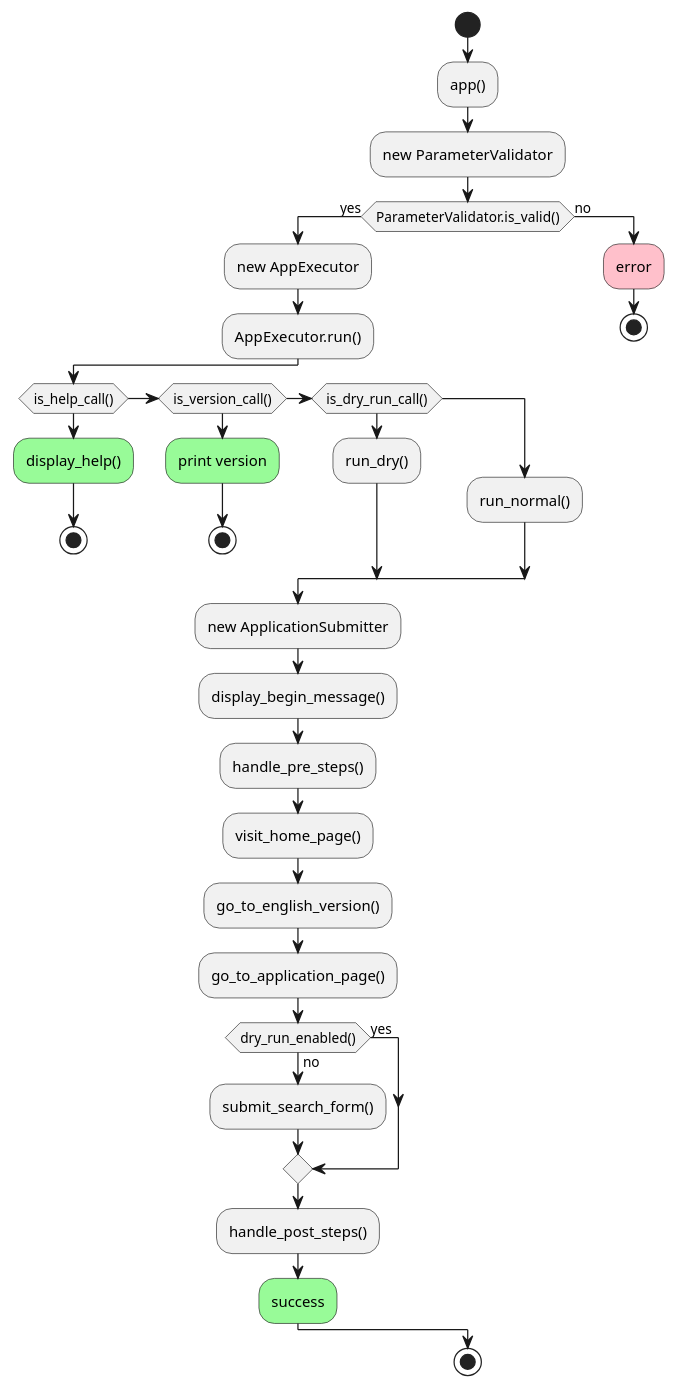
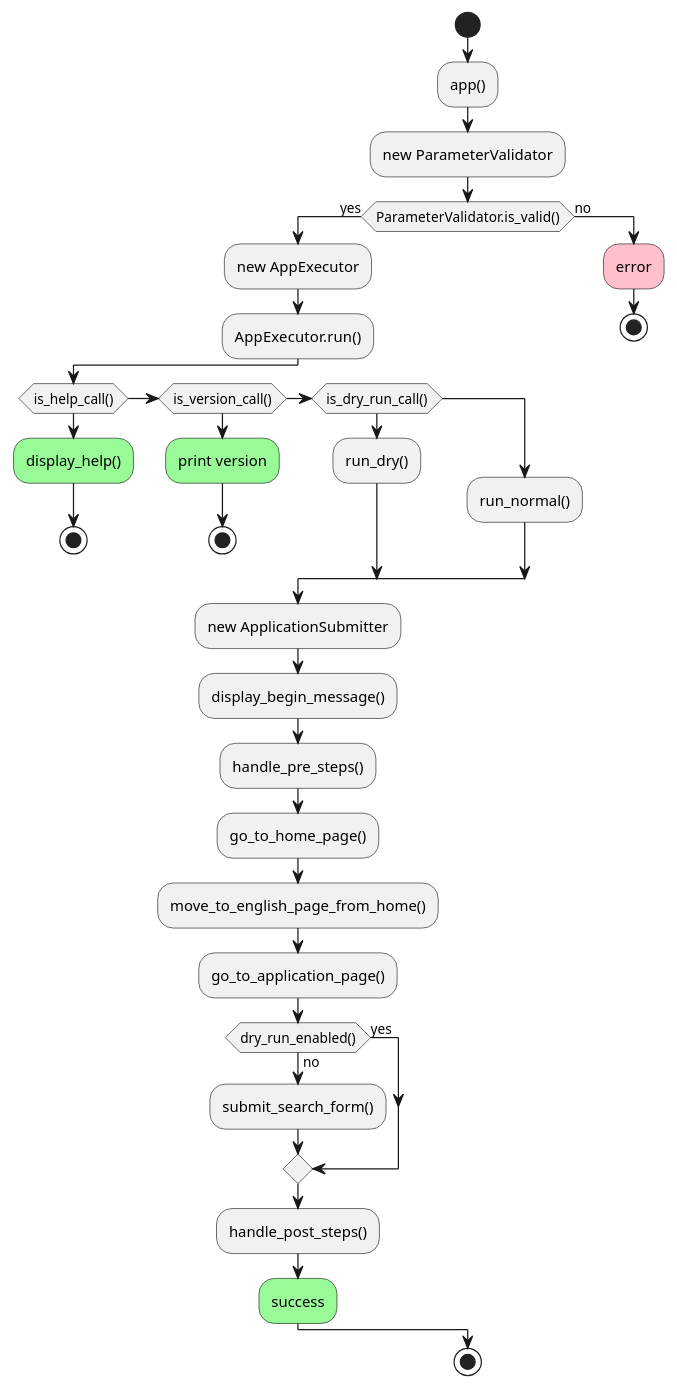
One commit to sksdotsauravs-beuth/application-automizer changed the diagram in plant-uml/activity_diagram.puml. Above: the diagram before and after it, drawn with PlantUML. The commit also changed 9 other files, not shown here.

Commit message:
- added support to visit english page | minor refactoring | updated plant-uml sources and diagrams

```diff
--- a/plant-uml/activity_diagram.puml
+++ b/plant-uml/activity_diagram.puml
@@ -1,37 +1,37 @@
 @startuml
 'https://plantuml.com/activity-diagram-beta
 start
 :app();
 :new ParameterValidator;
 if (ParameterValidator.is_valid()) then (yes)
   :new AppExecutor;
   :AppExecutor.run();
   if (is_help_call())
     #palegreen:display_help();
     stop
   elseif (is_version_call())
     #palegreen:print version;
     stop
   elseif (is_dry_run_call())
     :run_dry();
   else
     :run_normal();
   endif
   :new ApplicationSubmitter;
   :display_begin_message();
   :handle_pre_steps();
-  :visit_home_page();
-  :go_to_english_version();
+  :go_to_home_page();
+  :move_to_english_page_from_home();
   :go_to_application_page();
   if (dry_run_enabled()) then (yes)
   else (no)
     :submit_search_form();
   endif
   :handle_post_steps();
   #palegreen:success;
 else (no)
   #pink:error;
   stop
 endif
 stop
 @enduml
```
